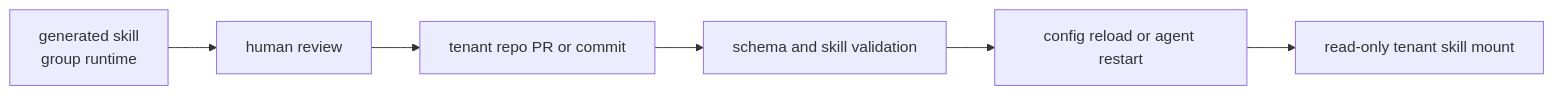
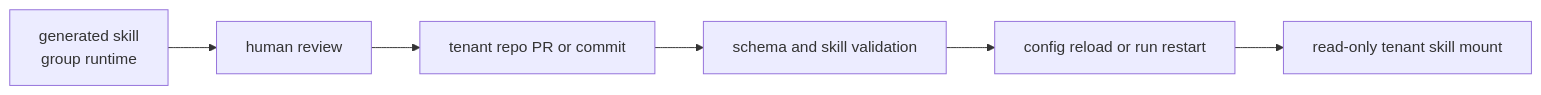
Before and after one commit to xi-qian/nanoclaw: the fifth of 5 diagrams in docs/runtime-rework/TARGET_ARCHITECTURE_DETAILS.md, drawn with Mermaid. The commit also changed other lines of this file and 18 other files, not shown here.

````diff
--- a/docs/runtime-rework/TARGET_ARCHITECTURE_DETAILS.md
+++ b/docs/runtime-rework/TARGET_ARCHITECTURE_DETAILS.md
@@ -461,8 +436,8 @@
 ```mermaid
 flowchart LR
   Generated["generated skill<br/>group runtime"] --> Review["human review"]
   Review --> PR["tenant repo PR or commit"]
   PR --> Validate["schema and skill validation"]
-  Validate --> Reload["config reload or agent restart"]
+  Validate --> Reload["config reload or run restart"]
   Reload --> Readonly["read-only tenant skill mount"]
 ```
````
